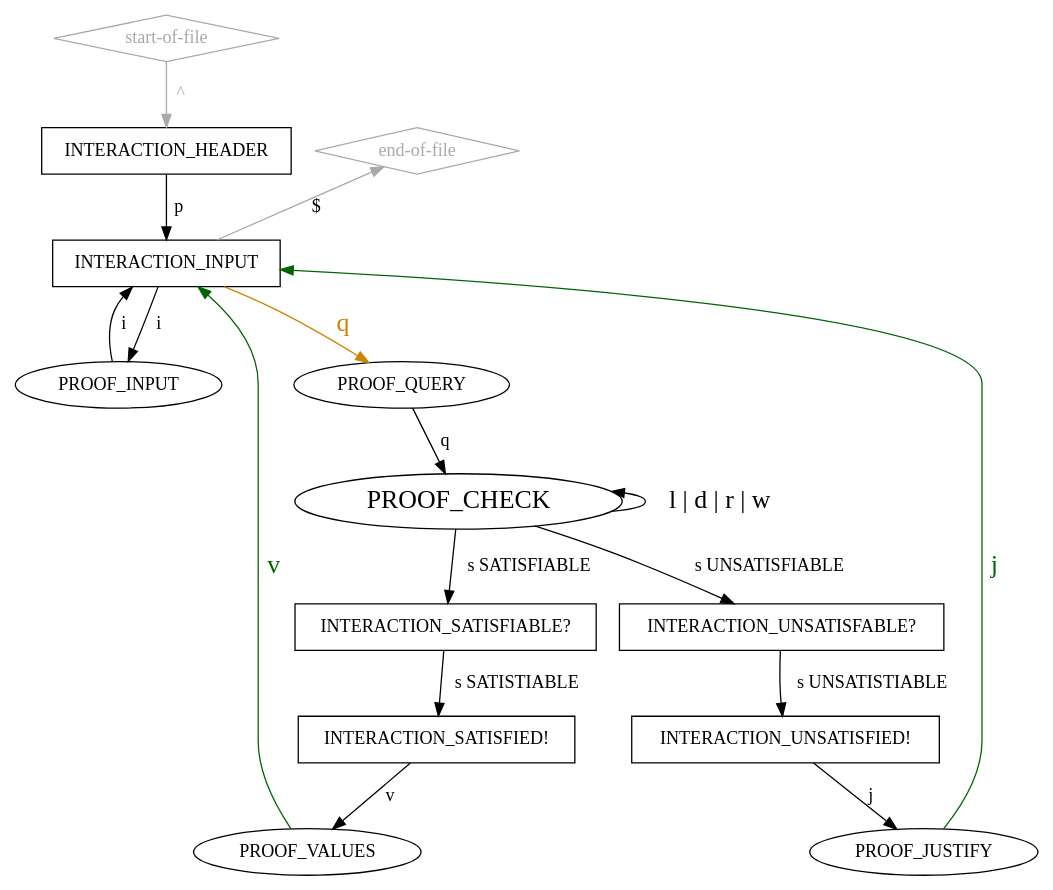
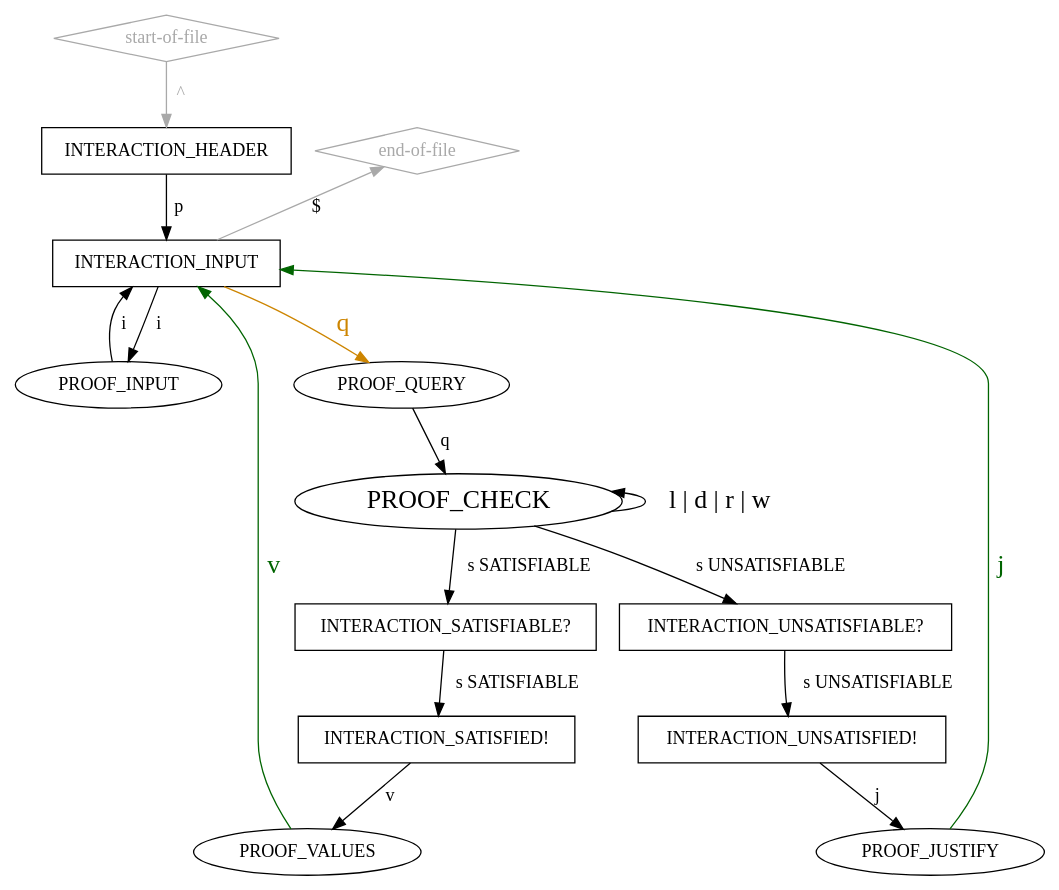
The diagram in idrup-check-pedantic-clear.dot (arminbiere/lidrup-check), drawn with Graphviz before and after one commit. The commit also changed 3 other files, not shown here.

```diff
--- a/idrup-check-pedantic-clear.dot
+++ b/idrup-check-pedantic-clear.dot
@@ -1,42 +1,42 @@
 digraph "idrup-check" {
 
   "start-of-file" [shape=diamond,color=darkgray,fontcolor=darkgray];
   "start-of-file" -> INTERACTION_HEADER [label=" ^ ",weight=2,color=darkgray,fontcolor=darkgray];
 
   "end-of-file" [shape=diamond,color=darkgray,fontcolor=darkgray];
 
   // INTERACTION_HEADER -> "end-of-file";
   // INTERACTION_INPUT -> "end-of-file";
    "end-of-file" -> INTERACTION_INPUT [label="$    ",dir=back,color=darkgray];
 
   INTERACTION_HEADER [shape=box];
   INTERACTION_HEADER -> INTERACTION_INPUT [label=" p ",weight=2];
 
   INTERACTION_INPUT [shape=box];
   INTERACTION_INPUT -> PROOF_INPUT [label=" i ",weight=2];
   INTERACTION_INPUT -> PROOF_QUERY [label=" q ",weight=2,color=orange3,fontsize=20,fontcolor=orange3];
 
   PROOF_INPUT -> INTERACTION_INPUT [label=" i ",weight=3];
 
   PROOF_QUERY -> PROOF_CHECK [label=" q "];
 
   PROOF_CHECK [fontsize=20];
   PROOF_CHECK -> PROOF_CHECK [label=" l | d | r | w ",dir=back,fontsize=20];
   PROOF_CHECK -> INTERACTION_SATISFIABLE [label=" s SATISFIABLE "];
-  PROOF_CHECK -> INTERACTION_UNSATISFABLE [label=" s UNSATISFIABLE "];
+  PROOF_CHECK -> INTERACTION_UNSATISFIABLE [label=" s UNSATISFIABLE "];
 
-  INTERACTION_UNSATISFABLE [shape="box",label="INTERACTION_UNSATISFABLE?"];
-  INTERACTION_UNSATISFABLE -> INTERACTION_UNSATISFIED [label=" s UNSATISTIABLE "];
+  INTERACTION_UNSATISFIABLE [shape="box",label="INTERACTION_UNSATISFIABLE?"];
+  INTERACTION_UNSATISFIABLE -> INTERACTION_UNSATISFIED [label=" s UNSATISFIABLE "];
 
   INTERACTION_SATISFIABLE [shape="box",label="INTERACTION_SATISFIABLE?"];
-  INTERACTION_SATISFIABLE -> INTERACTION_SATISFIED [label=" s SATISTIABLE "];
+  INTERACTION_SATISFIABLE -> INTERACTION_SATISFIED [label=" s SATISFIABLE "];
 
   INTERACTION_SATISFIED [shape=box,label="INTERACTION_SATISFIED!"];
   INTERACTION_SATISFIED -> PROOF_VALUES [label=" v "];
 
   INTERACTION_UNSATISFIED [shape=box,label="INTERACTION_UNSATISFIED!"];
   INTERACTION_UNSATISFIED -> PROOF_JUSTIFY [label=" j "];
 
   PROOF_VALUES -> INTERACTION_INPUT [label=" v ",color=darkgreen,fontsize=20,fontcolor=darkgreen];
   PROOF_JUSTIFY -> INTERACTION_INPUT [label=" j ",color=darkgreen,fontsize=20,fontcolor=darkgreen];
 }
```
